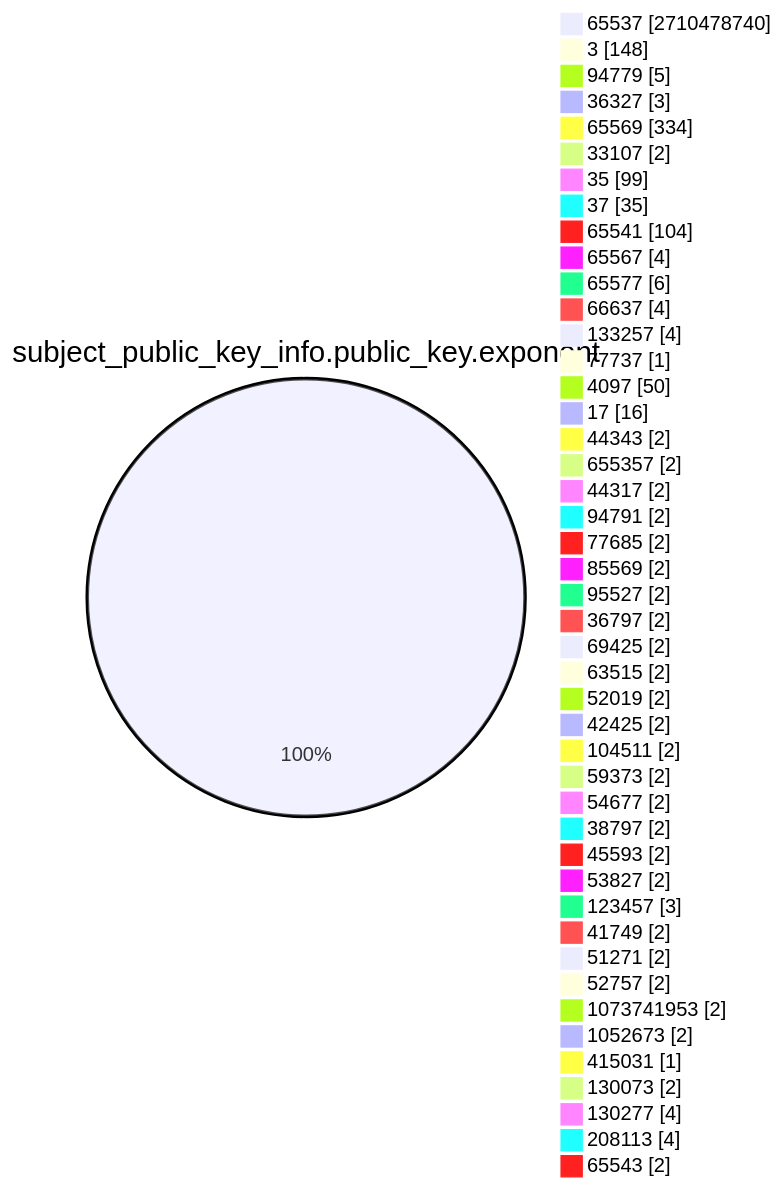
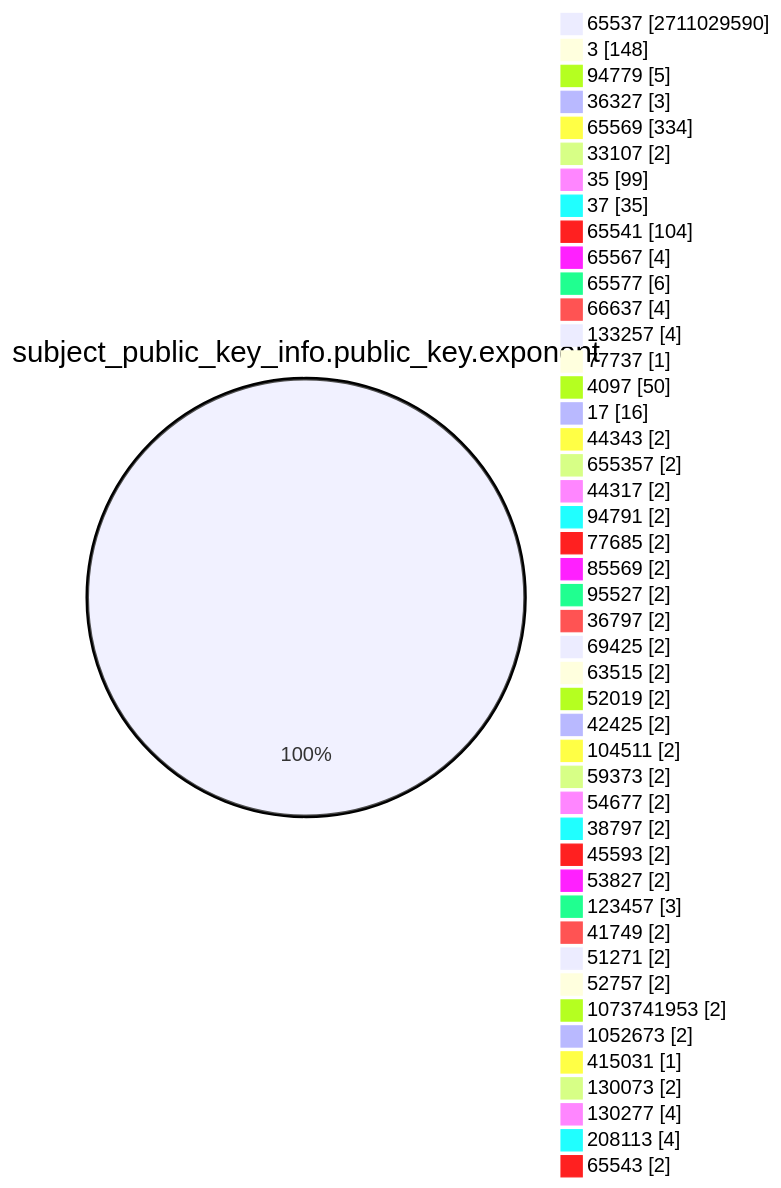
One commit to christiankrug/ctmonitor_visualization changed the fourth of 15 diagrams in TOTAL/README.md. Above: the diagram before and after it, drawn with Mermaid. The commit also changed other lines of this file, not shown here.

````diff
--- a/TOTAL/README.md
+++ b/TOTAL/README.md
@@ -1467,49 +1467,49 @@
 ```mermaid
 pie showData
 title subject_public_key_info.public_key.exponent
-"65537" :2710478740
+"65537" :2711029590
 "3" :148
 "94779" :5
 "36327" :3
 "65569" :334
 "33107" :2
 "35" :99
 "37" :35
 "65541" :104
 "65567" :4
 "65577" :6
 "66637" :4
 "133257" :4
 "77737" :1
 "4097" :50
 "17" :16
 "44343" :2
 "655357" :2
 "44317" :2
 "94791" :2
 "77685" :2
 "85569" :2
 "95527" :2
 "36797" :2
 "69425" :2
 "63515" :2
 "52019" :2
 "42425" :2
 "104511" :2
 "59373" :2
 "54677" :2
 "38797" :2
 "45593" :2
 "53827" :2
 "123457" :3
 "41749" :2
 "51271" :2
 "52757" :2
 "1073741953" :2
 "1052673" :2
 "415031" :1
 "130073" :2
 "130277" :4
 "208113" :4
 "65543" :2
 ```
````
